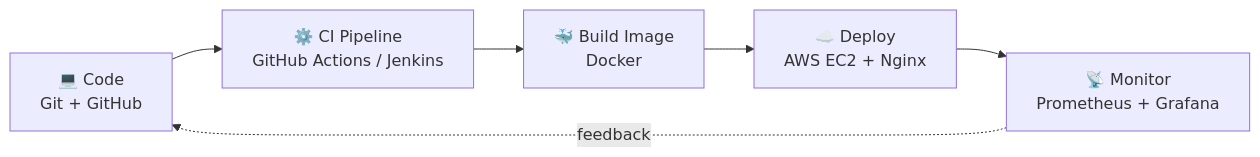
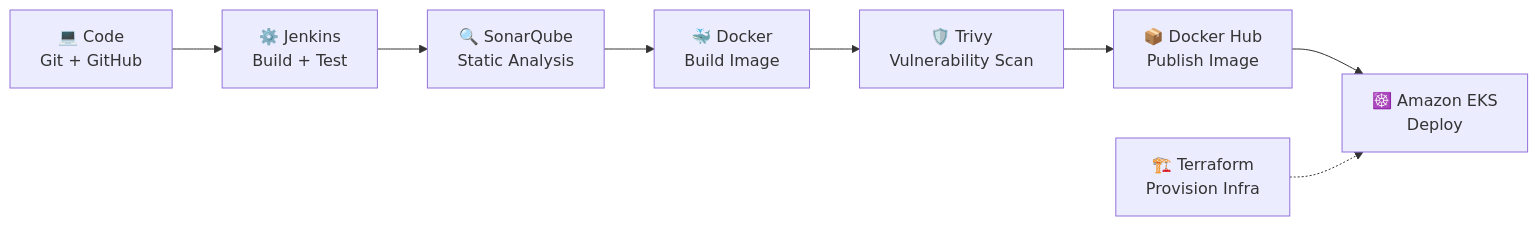
Before and after one commit to Om-Kute/Om-kute: the diagram in README.md, drawn with Mermaid. The commit also changed other lines of this file, not shown here.

````diff
--- a/README.md
+++ b/README.md
@@ -61,8 +50,10 @@
 ```mermaid
 flowchart LR
-    A[💻 Code<br/>Git + GitHub] --> B[⚙️ CI Pipeline<br/>GitHub Actions / Jenkins]
-    B --> C[🐳 Build Image<br/>Docker]
-    C --> D[☁️ Deploy<br/>AWS EC2 + Nginx]
-    D --> E[📡 Monitor<br/>Prometheus + Grafana]
-    E -. feedback .-> A
+    A["💻 Code<br/>Git + GitHub"] --> B["⚙️ Jenkins<br/>Build + Test"]
+    B --> C["🔍 SonarQube<br/>Static Analysis"]
+    C --> D["🐳 Docker<br/>Build Image"]
+    D --> E["🛡️ Trivy<br/>Vulnerability Scan"]
+    E --> F["📦 Docker Hub<br/>Publish Image"]
+    F --> G["☸️ Amazon EKS<br/>Deploy"]
+    T["🏗️ Terraform<br/>Provision Infra"] -.-> G
 ```
````
